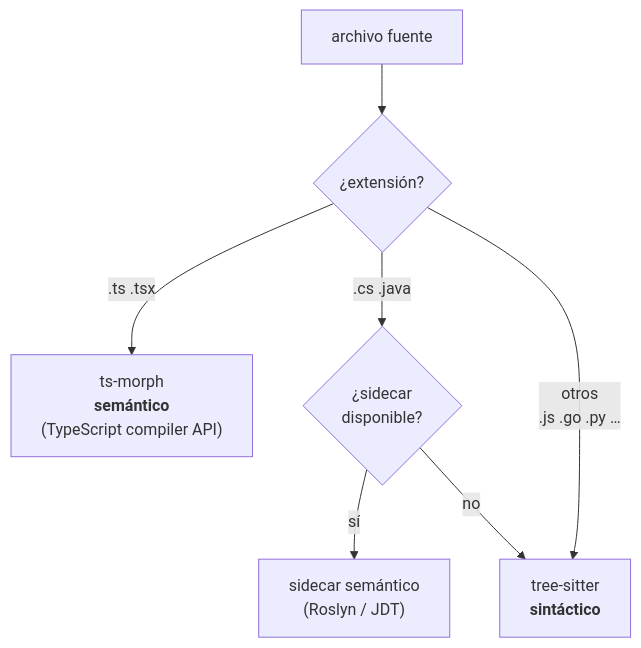
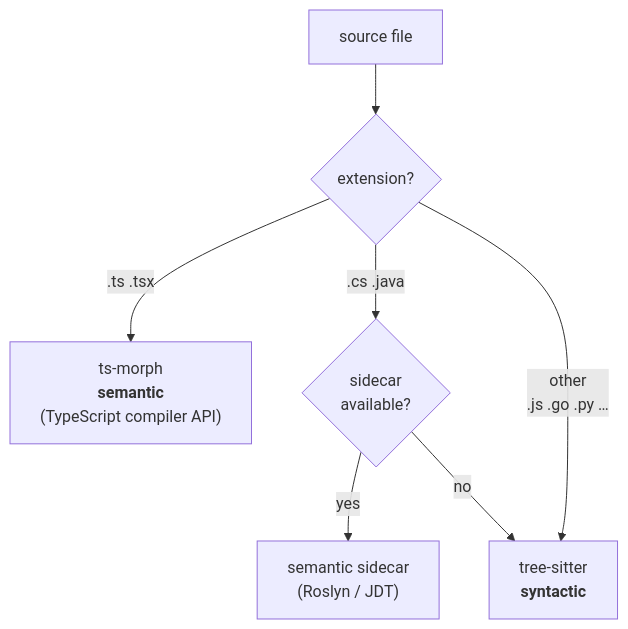
Before and after one commit to Kolimar/leina: the second of 5 diagrams in docs/concepts/02-grafo.md, drawn with Mermaid. The commit also changed other lines of this file and 27 other files, not shown here.

````diff
--- a/docs/concepts/02-grafo.md
+++ b/docs/concepts/02-grafo.md
@@ -45,9 +46,9 @@
 ```mermaid
 flowchart TD
-    file["archivo fuente"] --> q{¿extensión?}
-    q -->|.ts .tsx| ts["ts-morph<br/><b>semántico</b><br/>(TypeScript compiler API)"]
-    q -->|.cs .java| sc{¿sidecar<br/>disponible?}
-    q -->|otros<br/>.js .go .py …| treesitter["tree-sitter<br/><b>sintáctico</b>"]
-    sc -->|sí| sidecar["sidecar semántico<br/>(Roslyn / JDT)"]
+    file["source file"] --> q{extension?}
+    q -->|.ts .tsx| ts["ts-morph<br/><b>semantic</b><br/>(TypeScript compiler API)"]
+    q -->|.cs .java| sc{sidecar<br/>available?}
+    q -->|other<br/>.js .go .py …| treesitter["tree-sitter<br/><b>syntactic</b>"]
+    sc -->|yes| sidecar["semantic sidecar<br/>(Roslyn / JDT)"]
     sc -->|no| treesitter
 ```
````
